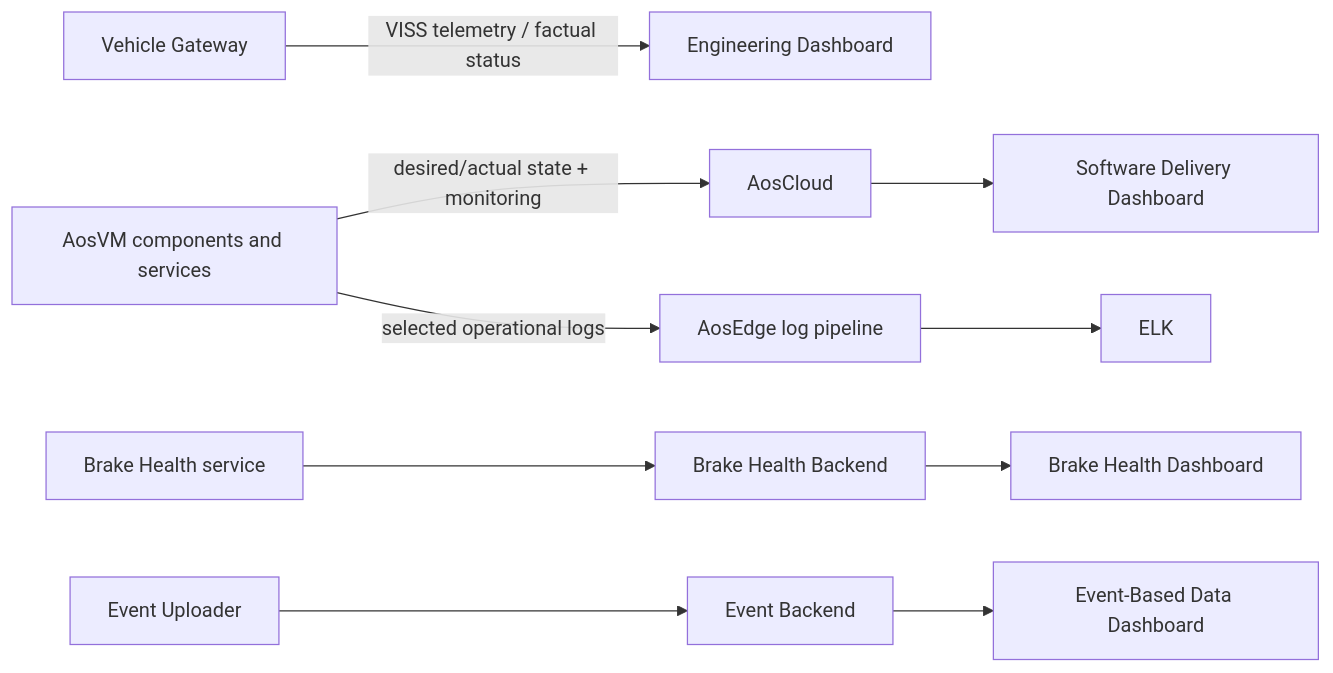
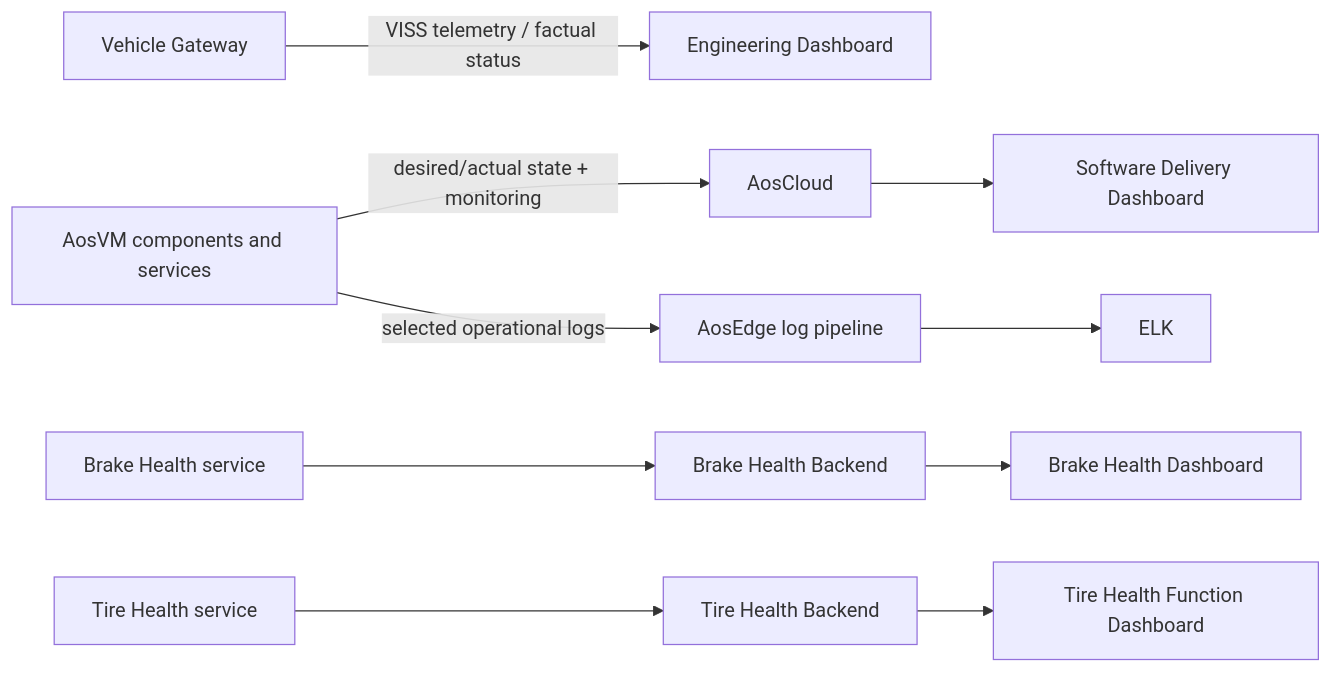
Diagram 16 of 17 in docs/architecture/demo-scenario-architecture-flows.md (alexmaninblack/aosedge-sdv-demo), drawn with Mermaid before and after one commit. The commit also changed other lines of this file and 30 other files, not shown here.

Commit message:
docs: adopt tire health for function team 2

````diff
--- a/docs/architecture/demo-scenario-architecture-flows.md
+++ b/docs/architecture/demo-scenario-architecture-flows.md
@@ -847,9 +860,9 @@
 ```mermaid
 flowchart LR
     GW["Vehicle Gateway"] -->|"VISS telemetry / factual status"| ENG["Engineering Dashboard"]
     UNIT["AosVM components and services"] -->|"desired/actual state + monitoring"| AC["AosCloud"]
     AC --> SW["Software Delivery Dashboard"]
     UNIT -->|"selected operational logs"| LP["AosEdge log pipeline"] --> ELK["ELK"]
     BHS["Brake Health service"] --> BB["Brake Health Backend"] --> BD["Brake Health Dashboard"]
-    EVENT["Event Uploader"] --> EB["Event Backend"] --> ED["Event-Based Data Dashboard"]
+    TIRE["Tire Health service"] --> TB["Tire Health Backend"] --> TD["Tire Health Function Dashboard"]
 ```
````
